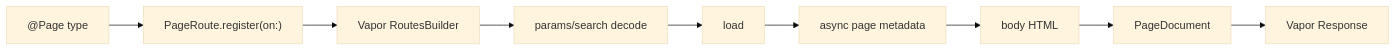
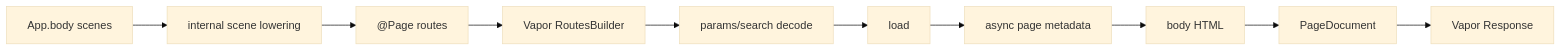
One commit to 1amageek/swift-web changed the first of 9 diagrams in Sources/SwiftWeb/README.md. Above: the diagram before and after it, drawn with Mermaid (base theme). The commit also changed other lines of this file and 62 other files, not shown here.

````diff
--- a/Sources/SwiftWeb/README.md
+++ b/Sources/SwiftWeb/README.md
@@ -44,11 +44,12 @@
 ```mermaid
 flowchart LR
-  A["@Page type"] --> B["PageRoute.register(on:)"]
-  B --> C["Vapor RoutesBuilder"]
-  C --> D["params/search decode"]
-  D --> E["load"]
-  E --> F["async page metadata"]
-  F --> G["body HTML"]
-  G --> H["PageDocument"]
-  H --> I["Vapor Response"]
+  A["App.body scenes"] --> B["internal scene lowering"]
+  B --> C["@Page routes"]
+  C --> D["Vapor RoutesBuilder"]
+  D --> E["params/search decode"]
+  E --> F["load"]
+  F --> G["async page metadata"]
+  G --> H["body HTML"]
+  H --> I["PageDocument"]
+  I --> J["Vapor Response"]
 ```
````
